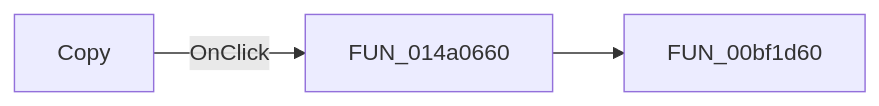
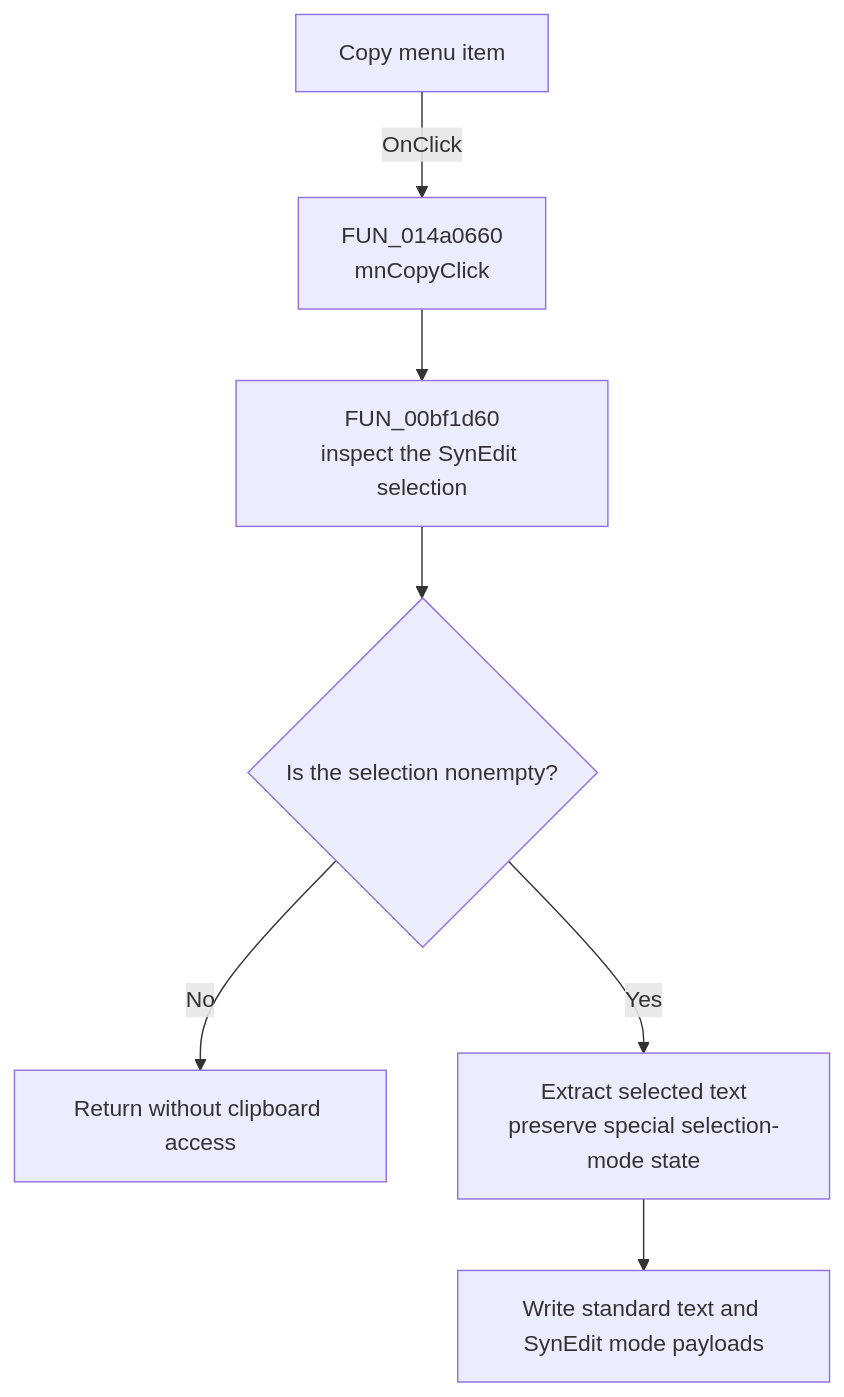
The diagram in docs/ui-controls/vhdleditor/mncopy-d6d68169f2.md (MovGP0/TIARA), drawn with Mermaid before and after one commit. The commit also changed other lines of this file and 1062 other files, not shown here.

````diff
--- a/docs/ui-controls/vhdleditor/mncopy-d6d68169f2.md
+++ b/docs/ui-controls/vhdleditor/mncopy-d6d68169f2.md
@@ -27,5 +37,9 @@
 ```mermaid
-flowchart LR
-    control["Copy"] -->|OnClick| handler["FUN_014a0660"]
-    handler --> call1["FUN_00bf1d60"]
+flowchart TD
+    control["Copy menu item"] -->|OnClick| handler["FUN_014a0660<br/>mnCopyClick"]
+    handler --> copyHelper["FUN_00bf1d60<br/>inspect the SynEdit selection"]
+    copyHelper --> hasSelection{"Is the selection nonempty?"}
+    hasSelection -->|No| noOp["Return without clipboard access"]
+    hasSelection -->|Yes| extract["Extract selected text<br/>preserve special selection-mode state"]
+    extract --> clipboard["Write standard text and SynEdit mode payloads"]
 ```
````
